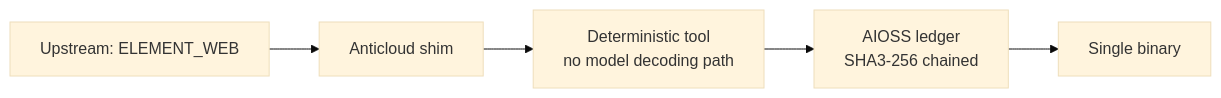
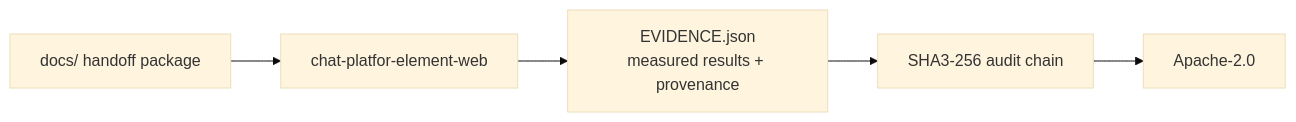
The diagram in README.md (the-anticloud/chat-platfor-element-web), drawn with Mermaid (base theme) before and after one commit. The commit also changed other lines of this file and 8 other files, not shown here.

````diff
--- a/README.md
+++ b/README.md
@@ -11,7 +22,7 @@
 ```mermaid
 graph LR
-    U[Upstream: ELEMENT_WEB] --> S[Anticloud shim]
-    S --> T[Deterministic tool<br/>no model decoding path]
-    T --> A[AIOSS ledger<br/>SHA3-256 chained]
-    A --> B[Single binary]
+    D[docs/ handoff package] --> R[chat-platfor-element-web]
+    R --> E[EVIDENCE.json\nmeasured results + provenance]
+    E --> A[SHA3-256 audit chain]
+    A --> L[Apache-2.0]
 ```
````
